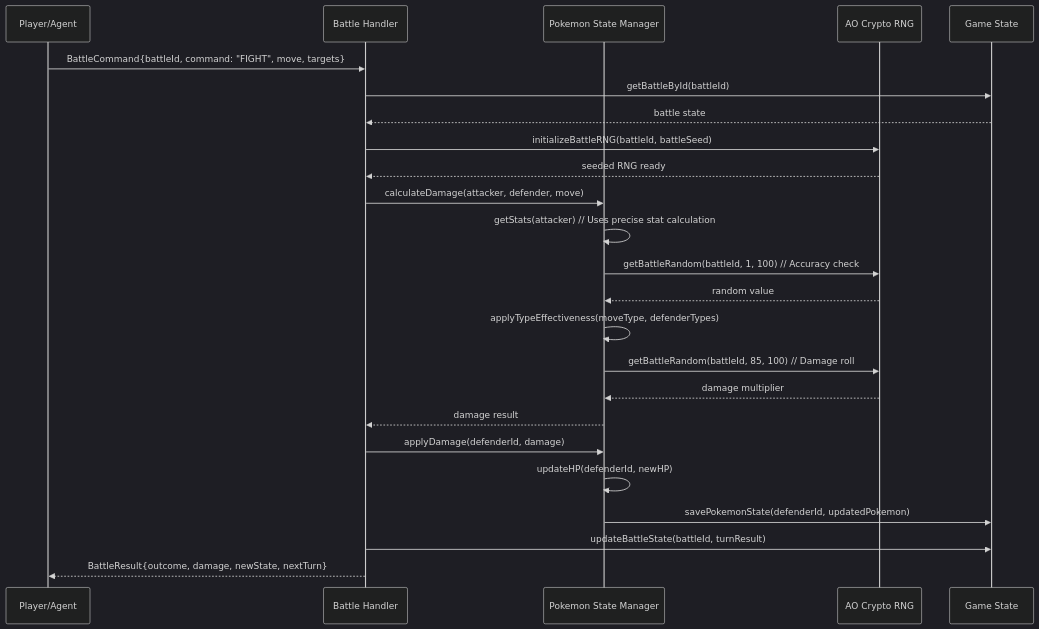
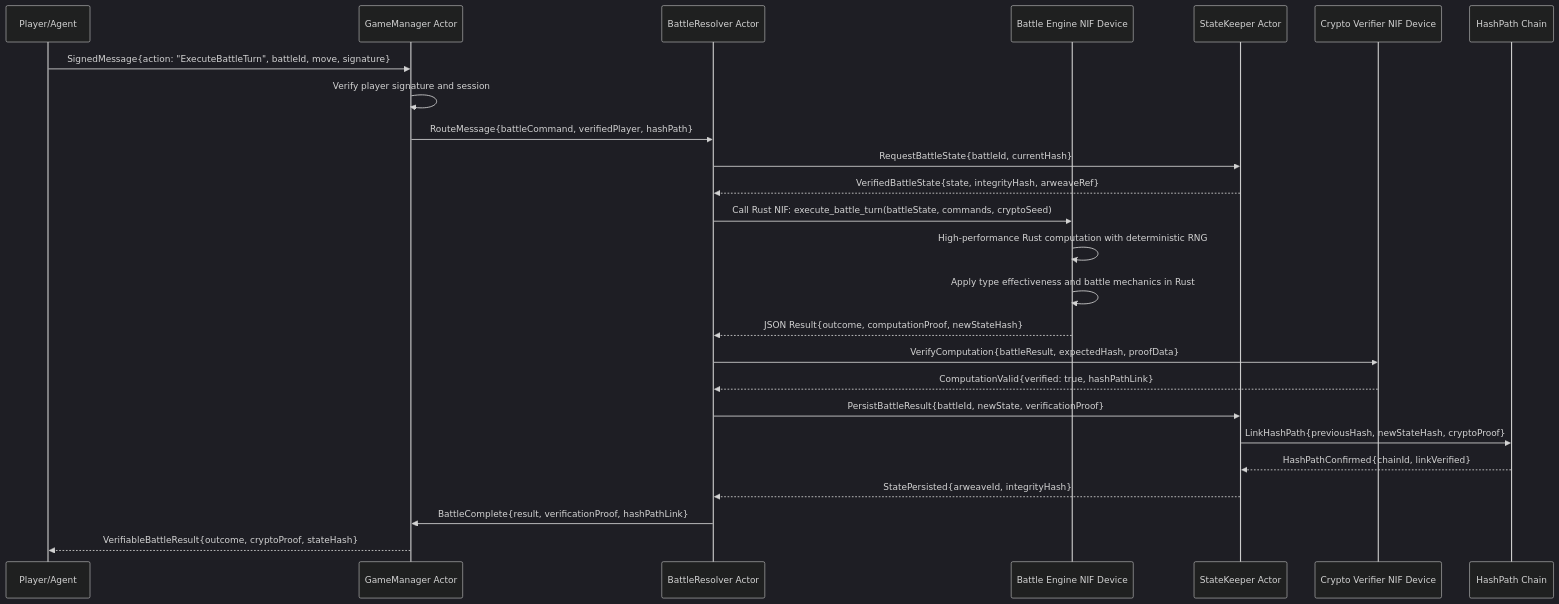
Before and after one commit to pagefaultgames/pokerogue: the first of 4 diagrams in docs/architecture/core-workflows.md, drawn with Mermaid (dark theme). The commit also changed other lines of this file and 6 other files, not shown here.

First line of the commit message:
Complete architecture documentation alignment with GameState + Bevy ECS

````diff
--- a/docs/architecture/core-workflows.md
+++ b/docs/architecture/core-workflows.md
@@ -5,32 +5,33 @@
 ```mermaid
 sequenceDiagram
     participant Player as Player/Agent
-    participant BH as Battle Handler
-    participant PSM as Pokemon State Manager
-    participant RNG as AO Crypto RNG
-    participant GS as Game State
+    participant GM as GameManager Actor
+    participant BR as BattleResolver Actor
+    participant BE as Battle Engine NIF Device
+    participant SK as StateKeeper Actor
+    participant CV as Crypto Verifier NIF Device
+    participant HP as HashPath Chain
     
-    Player->>BH: BattleCommand{battleId, command: "FIGHT", move, targets}
+    Player->>GM: SignedMessage{action: "ExecuteBattleTurn", battleId, move, signature}
+    GM->>GM: Verify player signature and session
     
-    BH->>GS: getBattleById(battleId)
-    GS-->>BH: battle state
+    GM->>BR: RouteMessage{battleCommand, verifiedPlayer, hashPath}
+    BR->>SK: RequestBattleState{battleId, currentHash}
+    SK-->>BR: VerifiedBattleState{state, integrityHash, arweaveRef}
     
-    BH->>RNG: initializeBattleRNG(battleId, battleSeed)
-    RNG-->>BH: seeded RNG ready
+    BR->>BE: Call Rust NIF: execute_battle_turn(battleState, commands, cryptoSeed)
+    BE->>BE: High-performance Rust computation with deterministic RNG
+    BE->>BE: Apply type effectiveness and battle mechanics in Rust
+    BE-->>BR: JSON Result{outcome, computationProof, newStateHash}
     
-    BH->>PSM: calculateDamage(attacker, defender, move)
-    PSM->>PSM: getStats(attacker) // Uses precise stat calculation
-    PSM->>RNG: getBattleRandom(battleId, 1, 100) // Accuracy check
-    RNG-->>PSM: random value
-    PSM->>PSM: applyTypeEffectiveness(moveType, defenderTypes)
-    PSM->>RNG: getBattleRandom(battleId, 85, 100) // Damage roll
-    RNG-->>PSM: damage multiplier
-    PSM-->>BH: damage result
+    BR->>CV: VerifyComputation{battleResult, expectedHash, proofData}
+    CV-->>BR: ComputationValid{verified: true, hashPathLink}
     
-    BH->>PSM: applyDamage(defenderId, damage)
-    PSM->>PSM: updateHP(defenderId, newHP)
-    PSM->>GS: savePokemonState(defenderId, updatedPokemon)
+    BR->>SK: PersistBattleResult{battleId, newState, verificationProof}
+    SK->>HP: LinkHashPath{previousHash, newStateHash, cryptoProof}
+    HP-->>SK: HashPathConfirmed{chainId, linkVerified}
+    SK-->>BR: StatePersisted{arweaveId, integrityHash}
     
-    BH->>GS: updateBattleState(battleId, turnResult)
-    BH-->>Player: BattleResult{outcome, damage, newState, nextTurn}
+    BR->>GM: BattleComplete{result, verificationProof, hashPathLink}
+    GM-->>Player: VerifiableBattleResult{outcome, cryptoProof, stateHash}
 ```
````
